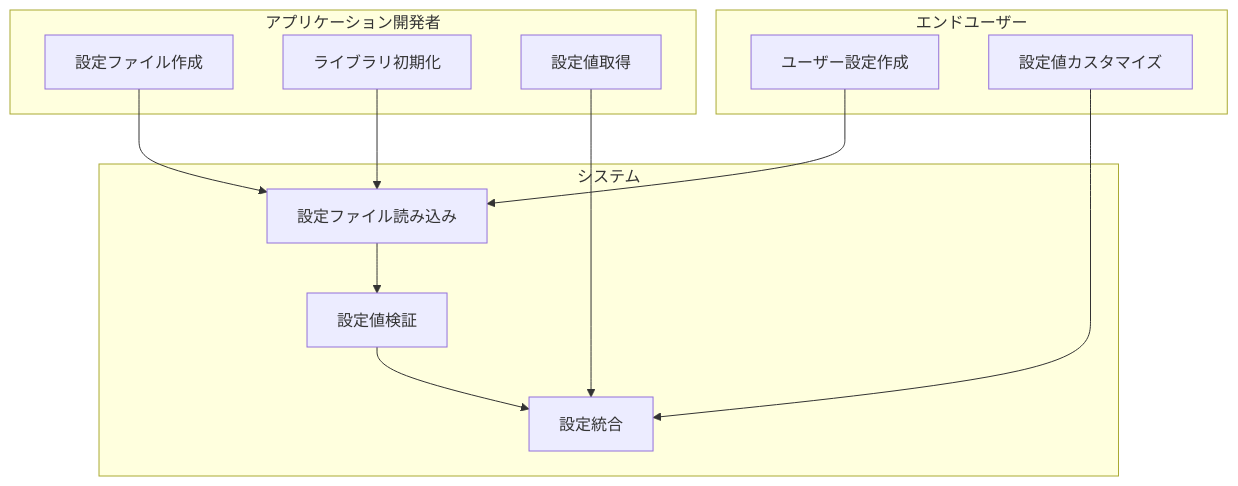
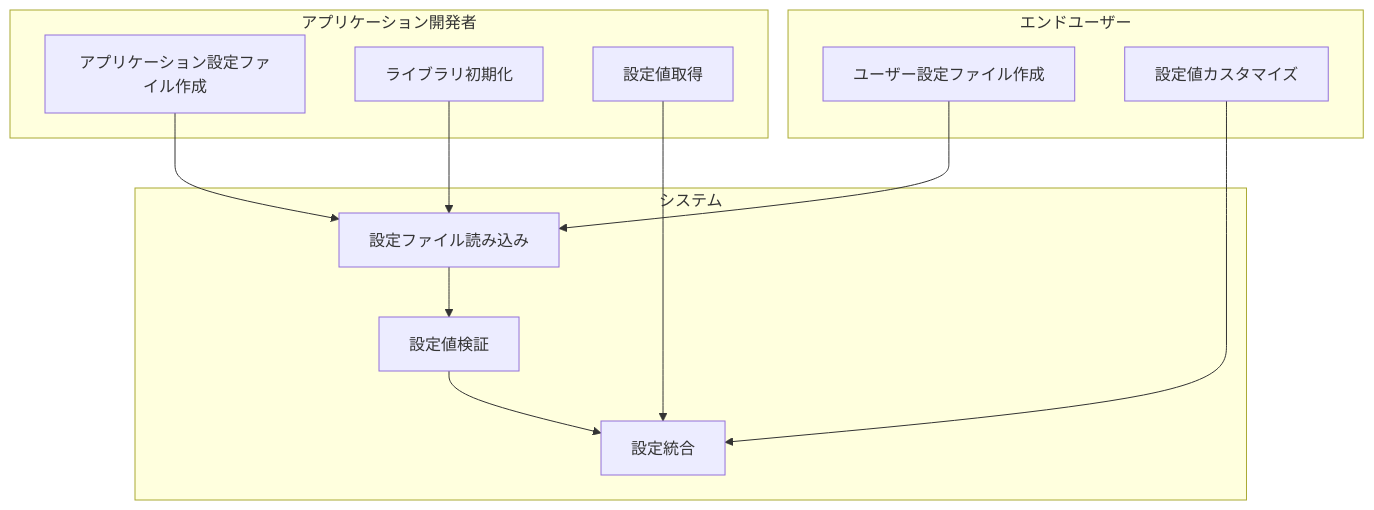
Before and after one commit to tettuan/breakdownconfig: the first of 6 diagrams in docs/development.ja.md, drawn with Mermaid. The commit also changed other lines of this file, not shown here.

````diff
--- a/docs/development.ja.md
+++ b/docs/development.ja.md
@@ -28,24 +28,24 @@
 ```mermaid
 graph TB
     subgraph アプリケーション開発者
-        A[設定ファイル作成]
+        A[アプリケーション設定ファイル作成]
         B[ライブラリ初期化]
         C[設定値取得]
     end
     subgraph エンドユーザー
-        D[ユーザー設定作成]
+        D[ユーザー設定ファイル作成]
         E[設定値カスタマイズ]
     end
     subgraph システム
         F[設定ファイル読み込み]
         G[設定値検証]
         H[設定統合]
     end
     A --> F
     B --> F
     C --> H
     D --> F
     E --> H
     F --> G
     G --> H
 ```
````
